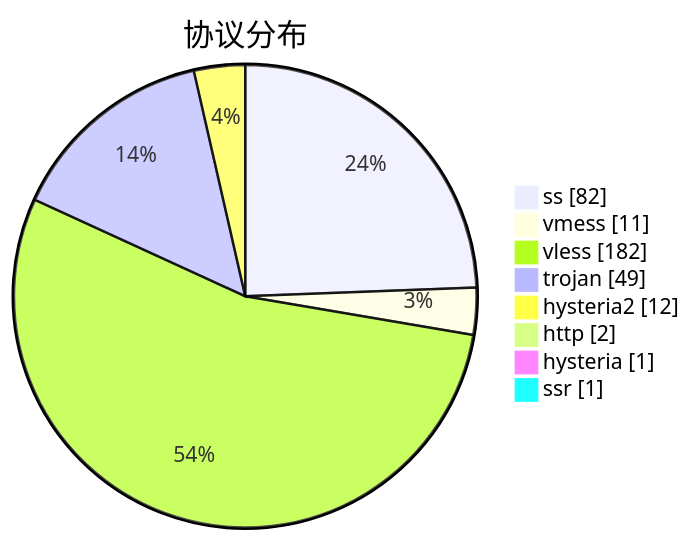
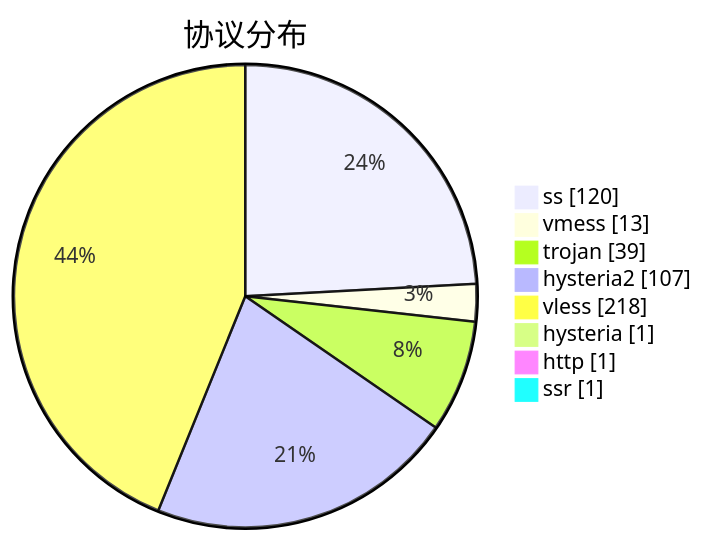
Before and after one commit to sinspired/airport: the third of 3 diagrams in subs/statistics/tested_within.md, drawn with Mermaid. The commit also changed other lines of this file and 2 other files, not shown here.

````diff
--- a/subs/statistics/tested_within.md
+++ b/subs/statistics/tested_within.md
@@ -44,12 +45,12 @@
 ```mermaid
 pie showData
 title 协议分布
-"ss" : 82
-"vmess" : 11
-"vless" : 182
-"trojan" : 49
-"hysteria2" : 12
-"http" : 2
+"ss" : 120
+"vmess" : 13
+"trojan" : 39
+"hysteria2" : 107
+"vless" : 218
 "hysteria" : 1
+"http" : 1
 "ssr" : 1
 ```
````
